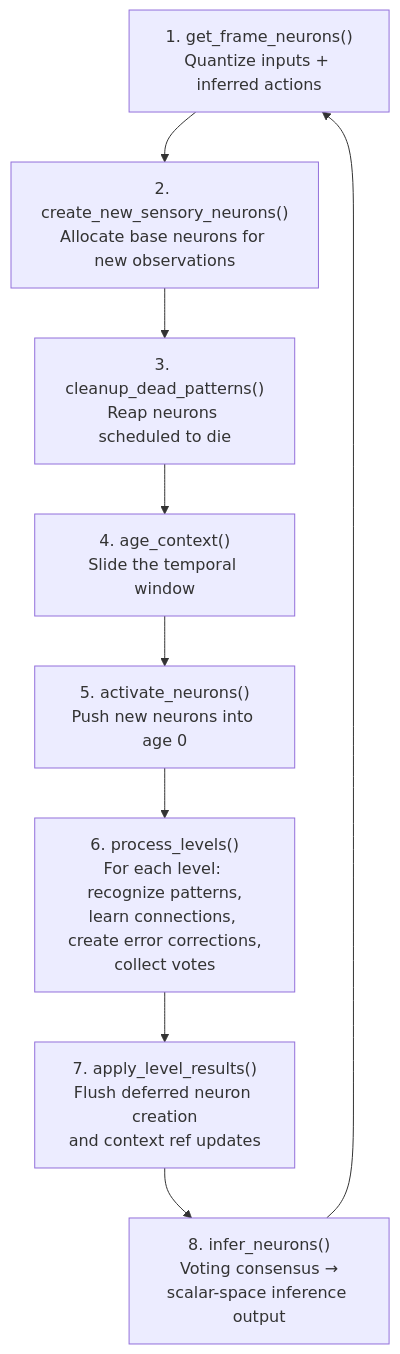
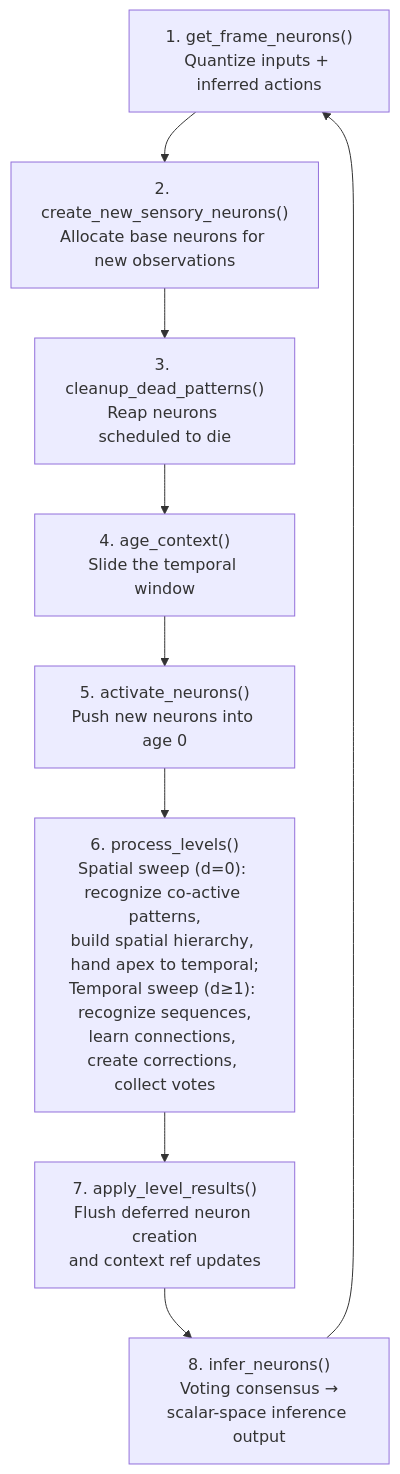
One commit to cucar/robot_brain changed the second of 2 diagrams in docs/architecture.md. Above: the diagram before and after it, drawn with Mermaid. The commit also changed other lines of this file and 48 other files, not shown here.

````diff
--- a/docs/architecture.md
+++ b/docs/architecture.md
@@ -265,11 +267,11 @@
 ```mermaid
 flowchart TD
     A["1. get_frame_neurons()<br/>Quantize inputs + inferred actions"] --> B["2. create_new_sensory_neurons()<br/>Allocate base neurons for new observations"]
     B --> C["3. cleanup_dead_patterns()<br/>Reap neurons scheduled to die"]
     C --> D["4. age_context()<br/>Slide the temporal window"]
     D --> E["5. activate_neurons()<br/>Push new neurons into age 0"]
-    E --> F["6. process_levels()<br/>For each level: recognize patterns,<br/>learn connections, create error corrections,<br/>collect votes"]
+    E --> F["6. process_levels()<br/>Spatial sweep (d=0): recognize co-active patterns,<br/>build spatial hierarchy, hand apex to temporal;<br/>Temporal sweep (d≥1): recognize sequences,<br/>learn connections, create corrections, collect votes"]
     F --> G["7. apply_level_results()<br/>Flush deferred neuron creation<br/>and context ref updates"]
     G --> H["8. infer_neurons()<br/>Voting consensus →<br/>scalar-space inference output"]
     H --> A
 ```
````
